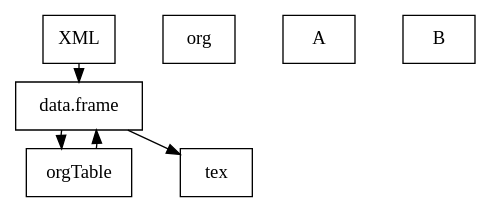
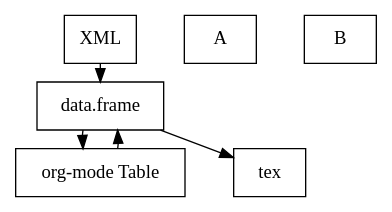
Before and after one commit to bwtian/glossaR: the second of 2 diagrams in note/glossaR.org, drawn with Graphviz. The commit also changed 1 other file, not shown here.

Commit message:
- ‘note/.#glossaR.org’ / ‘note/glossaR.org’

```diff
--- a/note/glossaR.org
+++ b/note/glossaR.org
@@ -42,18 +42,18 @@
 #+BEGIN_SRC dot :file orgAndR.svg 
   digraph { 
   fontname="Times"; 
   fontsize = 12; 
   splines = false; 
   ranksep = 0.2; 
   nodesep = 0.5; 
   node [shape = box] 
   //1. set node 
   xml [label = "XML"]
   df [label = "data.frame"]
-  org
+  orgTable[label = "org-mode Table"]
   //2. set path 
   xml -> df -> orgTable -> df -> tex
   //3. set rank 
   {rank = same; A, B} 
   }
 #+END_SRC
```
